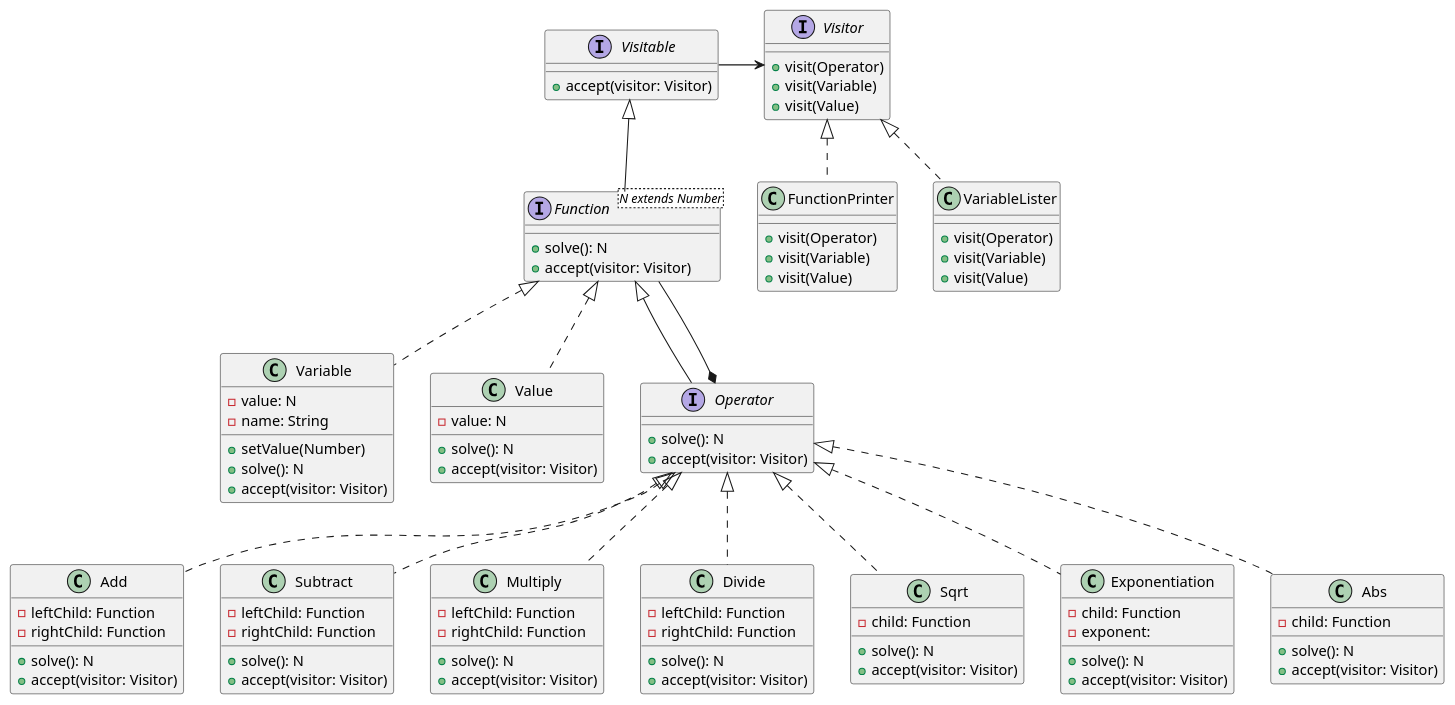
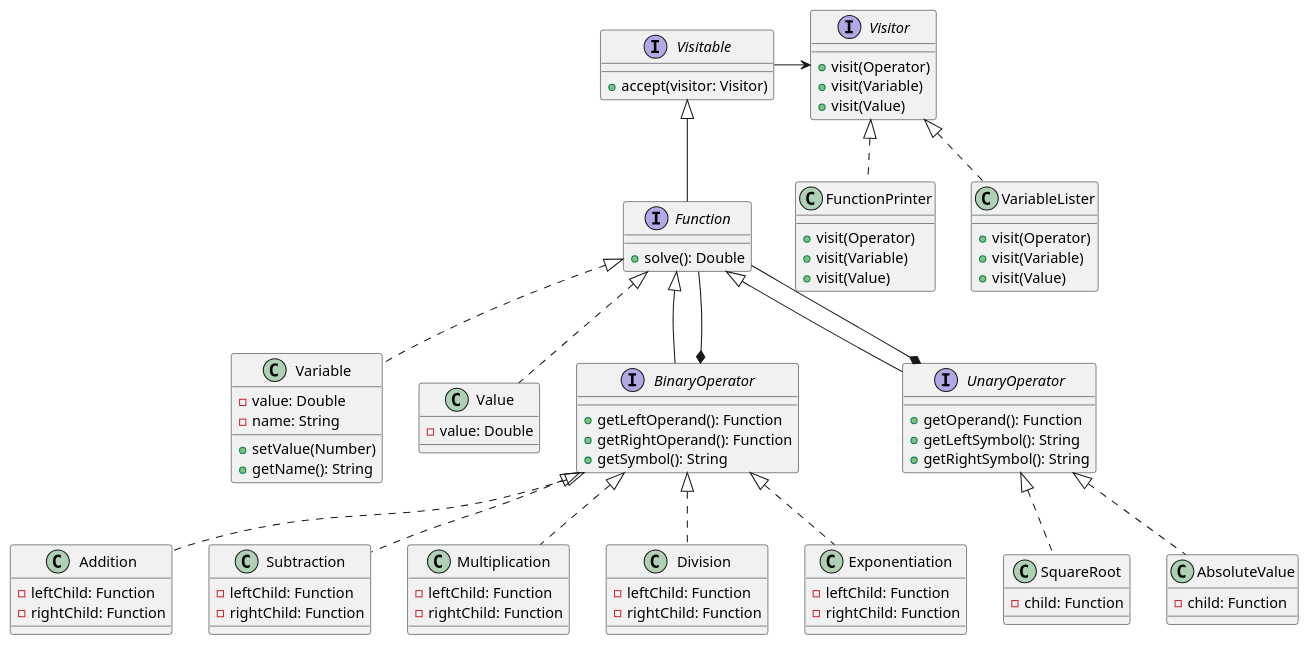
One commit to austral-ingsis-classroom/formula-FranciscoZizzi changed the diagram in diagrams/class-diagram.puml. Above: the diagram before and after it, drawn with PlantUML. The commit also changed 8 other files, not shown here.

```diff
--- a/diagrams/class-diagram.puml
+++ b/diagrams/class-diagram.puml
@@ -1,86 +1,75 @@
 @startuml
 'TODO entregar como pdf
 interface Visitable {
     +accept(visitor: Visitor)
 }
-interface Function<N extends Number> extends Visitable{
-    +solve(): N
-    +accept(visitor: Visitor)
+interface Function extends Visitable{
+    +solve(): Double
 }
 class Variable implements Function {
-    -value: N
+    -value: Double
     -name: String
     +setValue(Number)
-    +solve(): N
-    +accept(visitor: Visitor)
+    +getName(): String
 }
 class Value implements Function {
-    -value: N
-    +solve(): N
-    +accept(visitor: Visitor)
+    -value: Double
 }
-interface Operator implements Function {
-    +solve(): N
-    +accept(visitor: Visitor)
+interface BinaryOperator extends Function {
+    +getLeftOperand(): Function
+    +getRightOperand(): Function
+    +getSymbol(): String
 }
-class Add implements Operator {
+interface UnaryOperator extends Function {
+    +getOperand(): Function
+    +getLeftSymbol(): String
+    +getRightSymbol(): String
+}
+class Addition implements BinaryOperator {
     -leftChild: Function
     -rightChild: Function
-    +solve(): N
-    +accept(visitor: Visitor)
 }
-class Subtract implements Operator {
+class Subtraction implements BinaryOperator {
     -leftChild: Function
     -rightChild: Function
-    +solve(): N
-    +accept(visitor: Visitor)
 }
-class Multiply implements Operator {
+class Multiplication implements BinaryOperator {
     -leftChild: Function
     -rightChild: Function
-    +solve(): N
-    +accept(visitor: Visitor)
 }
-class Divide implements Operator {
+class Division implements BinaryOperator {
     -leftChild: Function
     -rightChild: Function
-    +solve(): N
-    +accept(visitor: Visitor)
 }
-class Sqrt implements Operator {
+class SquareRoot implements UnaryOperator {
     -child: Function
-    +solve(): N
-    +accept(visitor: Visitor)
 }
-class Exponentiation implements Operator {
+class Exponentiation implements BinaryOperator {
+    -leftChild: Function
+    -rightChild: Function
+}
+class AbsoluteValue implements UnaryOperator {
     -child: Function
-    -exponent:
-    +solve(): N
-    +accept(visitor: Visitor)
-}
-class Abs implements Operator {
-    -child: Function
-    +solve(): N
-    +accept(visitor: Visitor)
 }
 
 interface Visitor {
     +visit(Operator)
     +visit(Variable)
     +visit(Value)
 }
 class FunctionPrinter implements Visitor {
     +visit(Operator)
     +visit(Variable)
     +visit(Value)
 }
 class VariableLister implements Visitor {
     +visit(Operator)
     +visit(Variable)
     +visit(Value)
 }
 
 
-Function --* Operator
+Function --* BinaryOperator
+Function --* UnaryOperator
 Visitable -> Visitor
 @enduml
```
